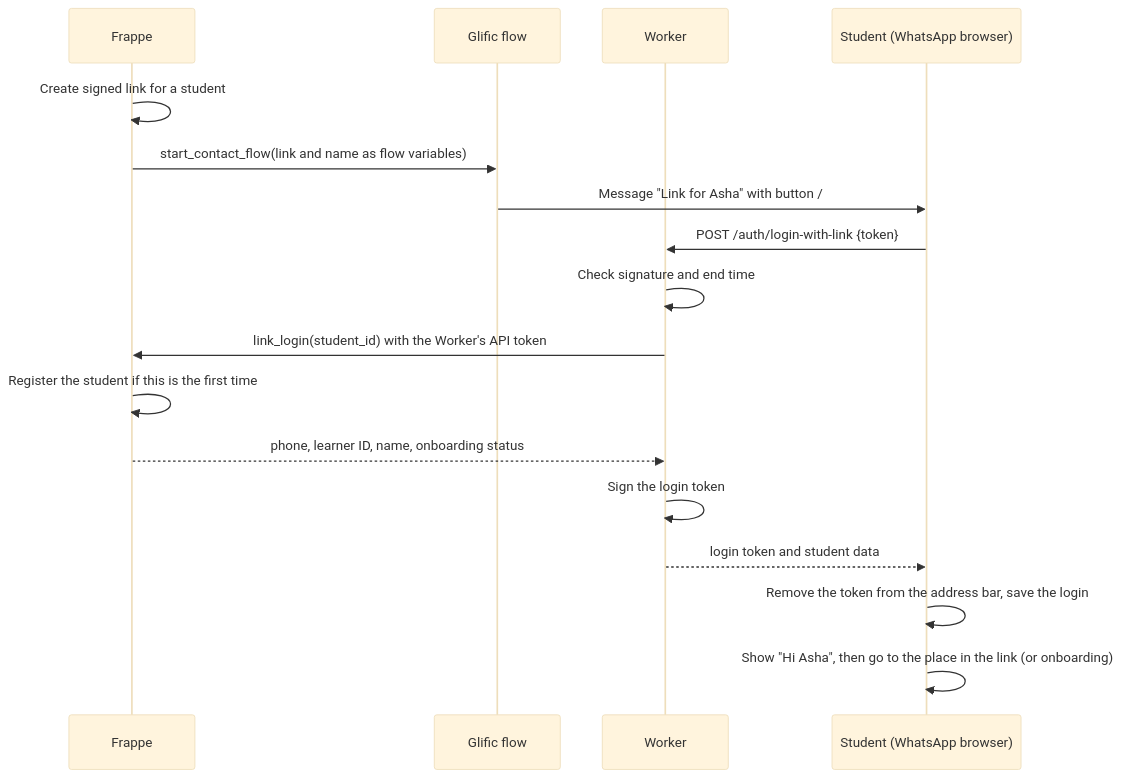
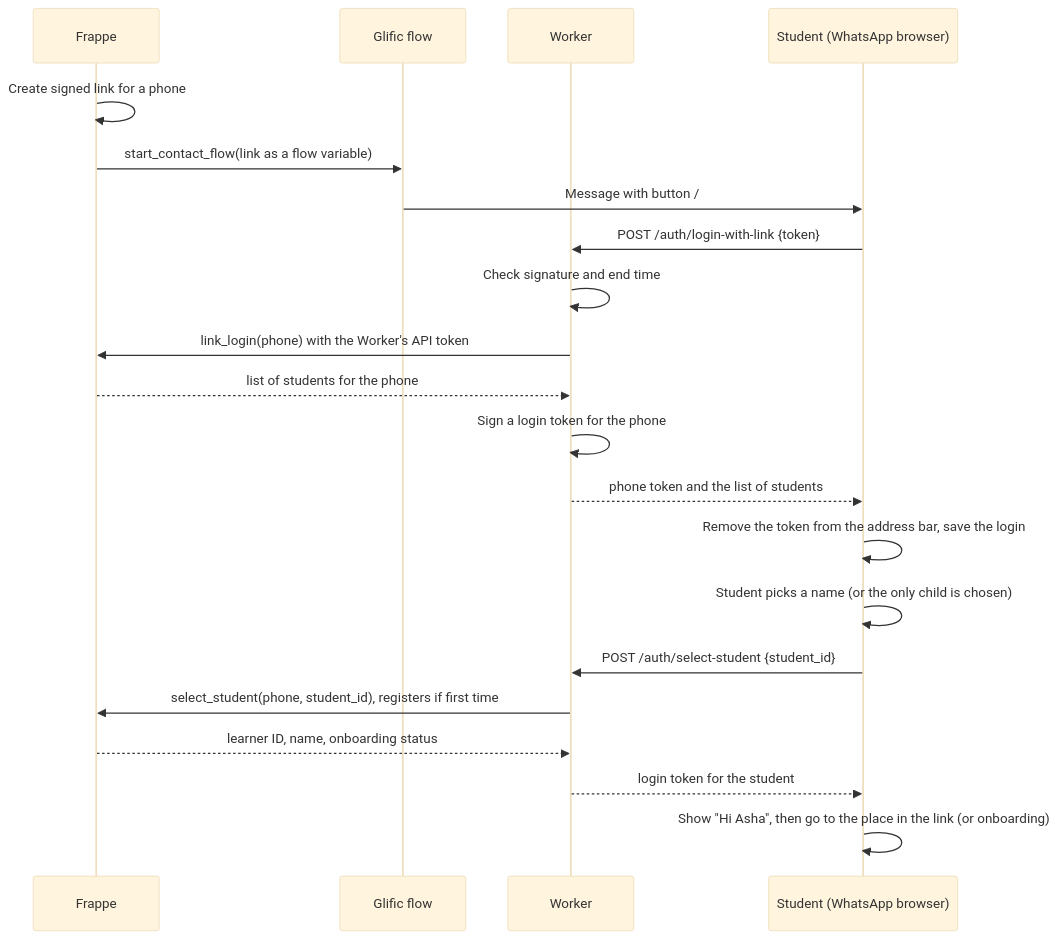
Before and after one commit to theapprenticeproject/flutter_native_webapp: the first of 3 diagrams in documentation/whatsapp-link-login.md, drawn with Mermaid (base theme). The commit also changed other lines of this file and 3 other files, not shown here.

````diff
--- a/documentation/whatsapp-link-login.md
+++ b/documentation/whatsapp-link-login.md
@@ -204,19 +220,23 @@
 ```mermaid
 sequenceDiagram
   participant F as Frappe
   participant G as Glific flow
   participant W as Worker
   participant S as Student (WhatsApp browser)
-  F->>F: Create signed link for a student
-  F->>G: start_contact_flow(link and name as flow variables)
-  G->>S: Message "Link for Asha" with button /#/l/<token>
+  F->>F: Create signed link for a phone
+  F->>G: start_contact_flow(link as a flow variable)
+  G->>S: Message with button /#/l/<token>
   S->>W: POST /auth/login-with-link {token}
   W->>W: Check signature and end time
-  W->>F: link_login(student_id) with the Worker's API token
-  F->>F: Register the student if this is the first time
-  F-->>W: phone, learner ID, name, onboarding status
-  W->>W: Sign the login token
-  W-->>S: login token and student data
+  W->>F: link_login(phone) with the Worker's API token
+  F-->>W: list of students for the phone
+  W->>W: Sign a login token for the phone
+  W-->>S: phone token and the list of students
   S->>S: Remove the token from the address bar, save the login
+  S->>S: Student picks a name (or the only child is chosen)
+  S->>W: POST /auth/select-student {student_id}
+  W->>F: select_student(phone, student_id), registers if first time
+  F-->>W: learner ID, name, onboarding status
+  W-->>S: login token for the student
   S->>S: Show "Hi Asha", then go to the place in the link (or onboarding)
 ```
````
